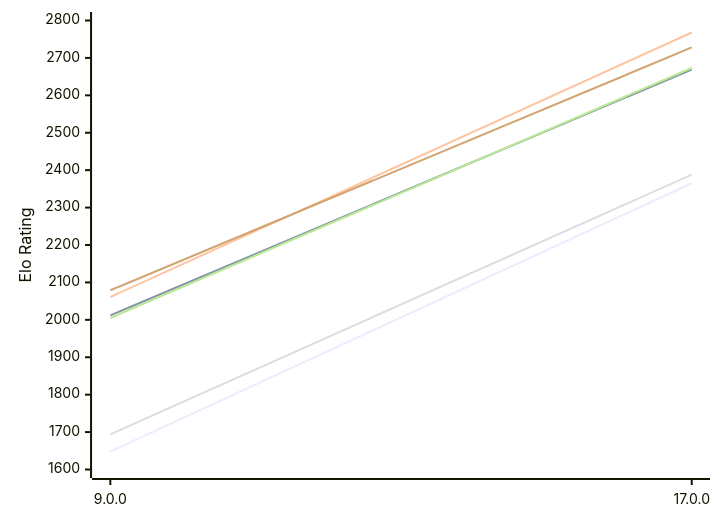
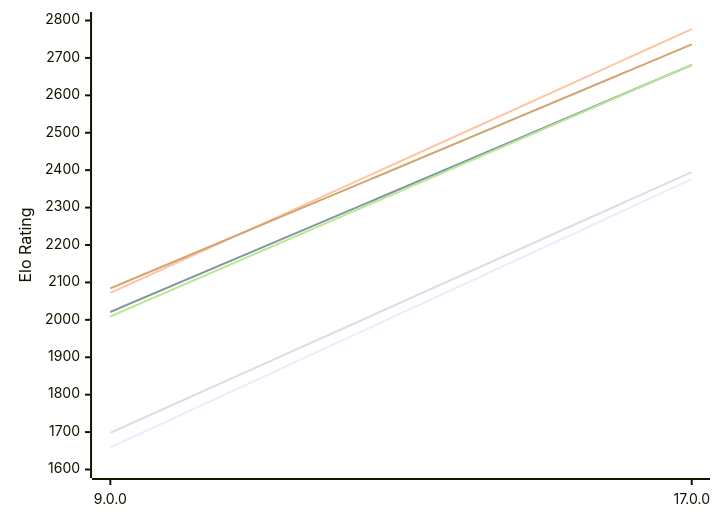
The first of 2 diagrams in engines/Cepimetheus.md (computer-chess-index/cci), drawn with Mermaid before and after one commit. The commit also changed other lines of this file, not shown here.

Commit message:
Update CCI Ratings (ELO VLTC) - 2026-10-25

````diff
--- a/engines/Cepimetheus.md
+++ b/engines/Cepimetheus.md
@@ -62,12 +62,12 @@
 ```mermaid
 %%{init: {"theme":"base","themeVariables":{"seriesColors:['#a3a3a3','#222221','#faa371']}}}%%
 xychart-beta
   x-axis ["9.0.0", "17.0.0"]
   y-axis "Elo Rating" 1600 --> 2800
-  line "E1: STC (8.0+0.08s)" [1648, 2365]
-  line "E1: LTC (60.0+0.60s)" [2012, 2669]
-  line "E1: VLTC (2m24s+1.12s)" [2061, 2768]
-  line "P1: STC (8.0+0.08s)" [1694, 2388]
-  line "P1: LTC (60.0+0.60s)" [2005, 2673]
-  line "P1: VLTC (2m24s+1.12s)" [2079, 2728]
+  line "E1: STC (8.0+0.08s)" [1659, 2376]
+  line "E1: LTC (60.0+0.60s)" [2021, 2681]
+  line "E1: VLTC (2m24s+1.12s)" [2072, 2777]
+  line "P1: STC (8.0+0.08s)" [1698, 2395]
+  line "P1: LTC (60.0+0.60s)" [2009, 2681]
+  line "P1: VLTC (2m24s+1.12s)" [2084, 2736]
 ```
````
